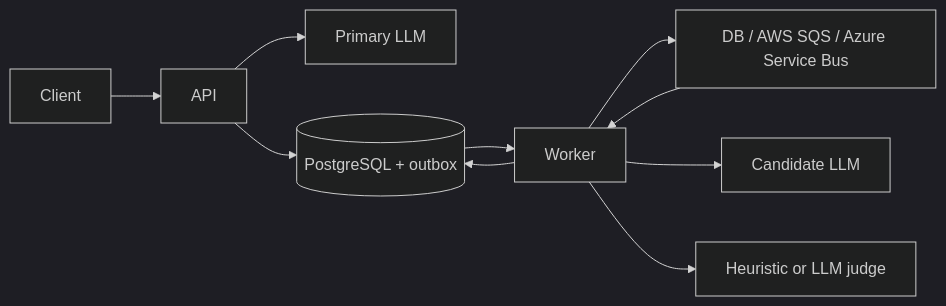
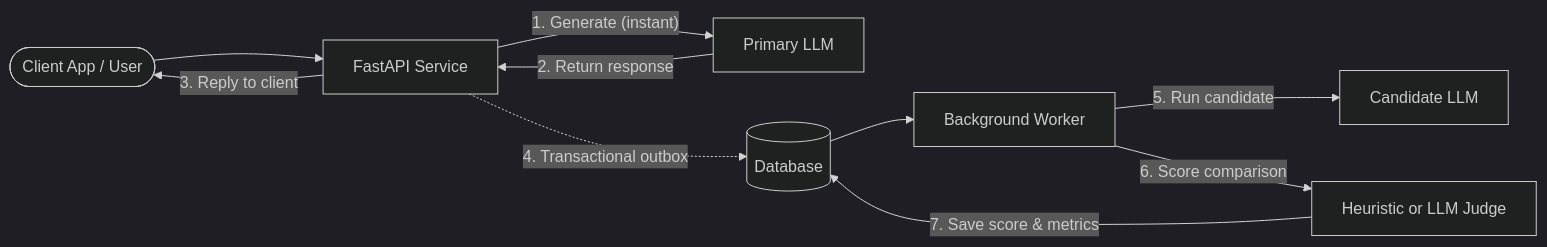
Before and after one commit to srikrishna0130/LLM_Evaluator: the diagram in README.md, drawn with Mermaid (dark theme). The commit also changed other lines of this file and 6 other files, not shown here.

````diff
--- a/README.md
+++ b/README.md
@@ -11,12 +57,12 @@
 ```mermaid
 flowchart LR
-    Client --> API
-    API --> Primary["Primary LLM"]
-    API --> DB[("PostgreSQL + outbox")]
-    DB --> Worker
-    Worker --> Queue["DB / AWS SQS / Azure Service Bus"]
-    Queue --> Worker
-    Worker --> Candidate["Candidate LLM"]
-    Worker --> Scorer["Heuristic or LLM judge"]
-    Worker --> DB
+    Client(["Client App / User"]) --> API["FastAPI Service"]
+    API -->|"1. Generate (instant)"| Primary["Primary LLM"]
+    Primary -->|"2. Return response"| API
+    API -->|"3. Reply to client"| Client
+    API -.->|"4. Transactional outbox"| DB[("Database")]
+    DB --> Worker["Background Worker"]
+    Worker -->|"5. Run candidate"| Candidate["Candidate LLM"]
+    Worker -->|"6. Score comparison"| Scorer["Heuristic or LLM Judge"]
+    Scorer -->|"7. Save score & metrics"| DB
 ```
````
